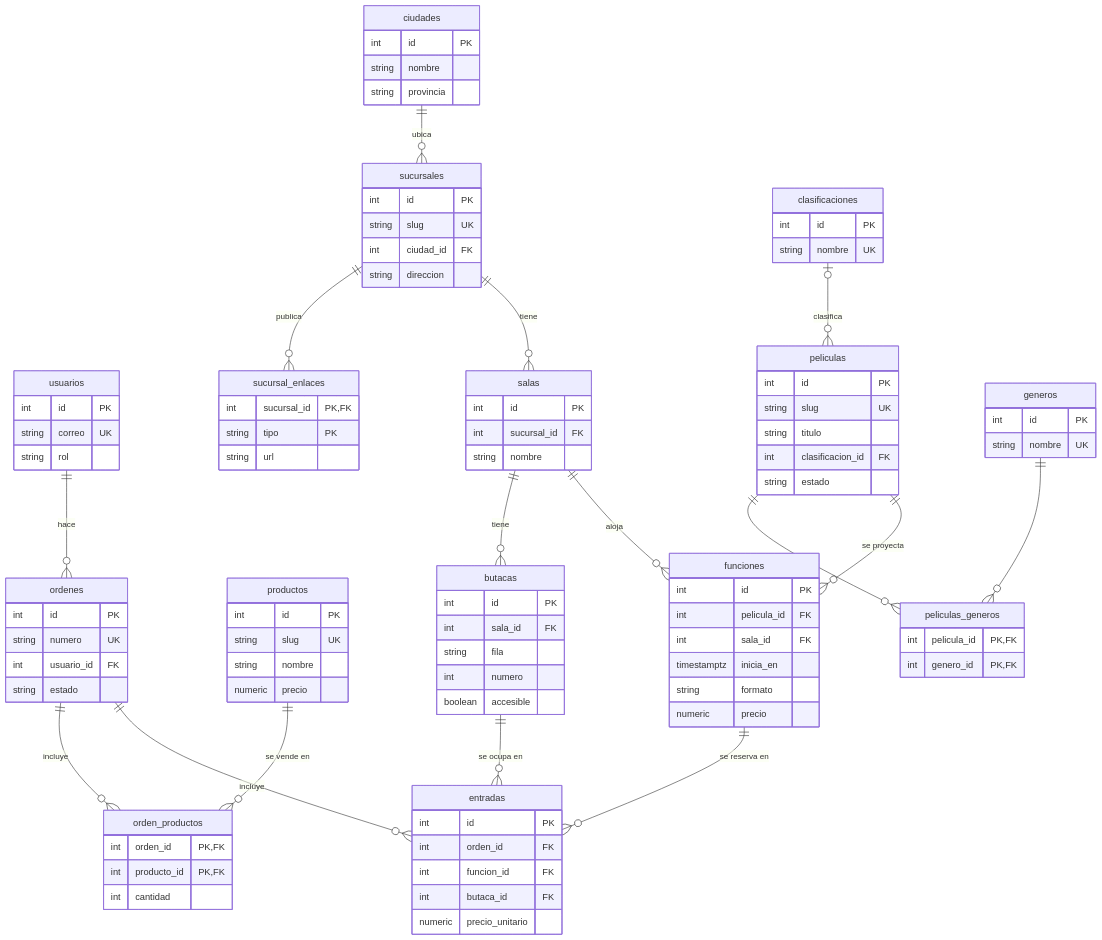
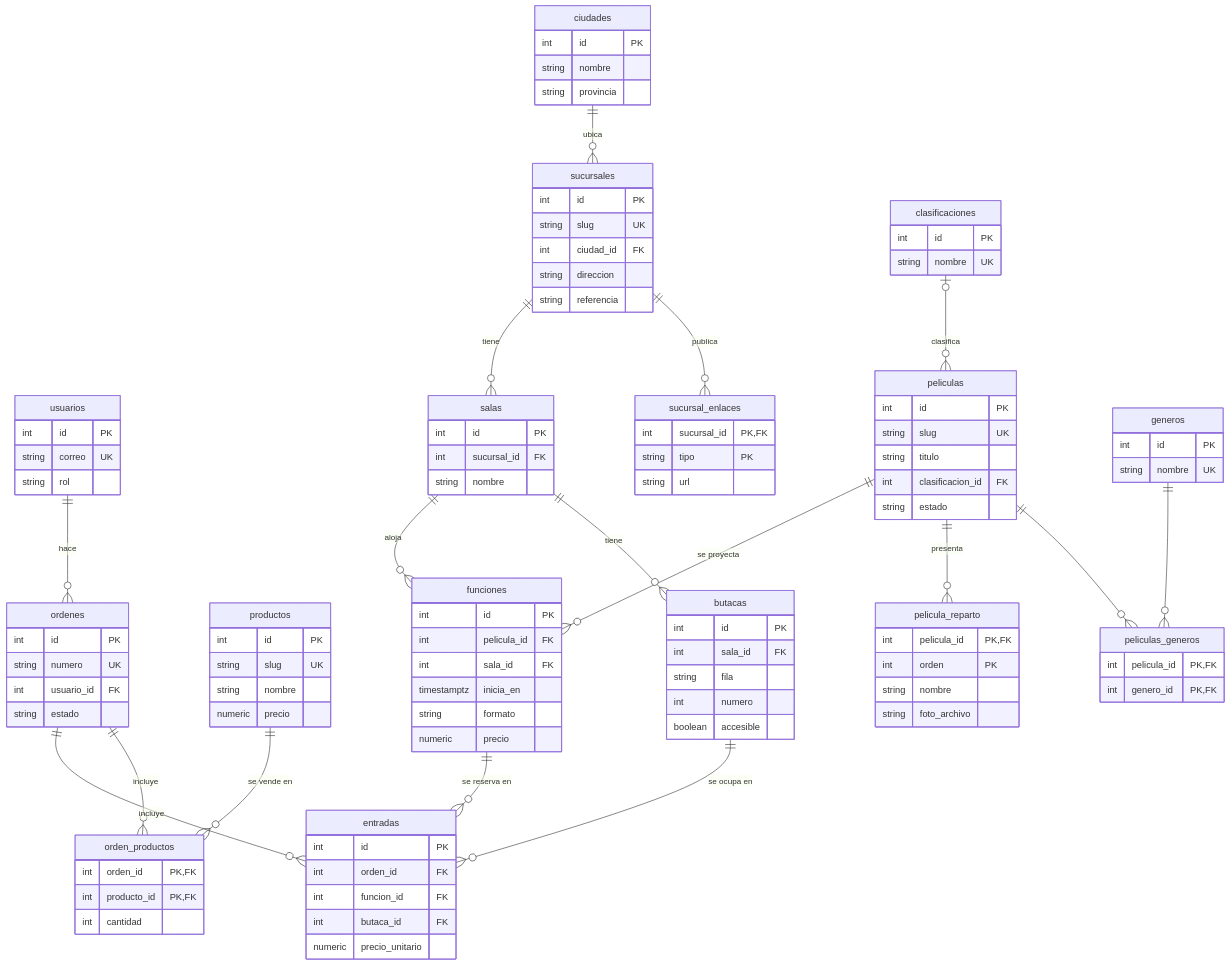
Before and after one commit to IgnacioLezana25/CineTucumanBackend: the diagram in README.md, drawn with Mermaid. The commit also changed other lines of this file and 2 other files, not shown here.

First line of the commit message:
docs: documentar el reparto y la referencia en el README, la verificación y la normalización

```diff
--- a/README.md
+++ b/README.md
@@ -113,6 +113,7 @@
     ciudades ||--o{ sucursales : "ubica"
     sucursales ||--o{ sucursal_enlaces : "publica"
     clasificaciones |o--o{ peliculas : "clasifica"
+    peliculas ||--o{ pelicula_reparto : "presenta"
     peliculas ||--o{ peliculas_generos : " "
     generos ||--o{ peliculas_generos : " "
 
@@ -170,6 +171,7 @@
         string slug UK
         int ciudad_id FK
         string direccion
+        string referencia
     }
     ciudades {
         int id PK
@@ -192,6 +194,12 @@
         int id PK
         string nombre UK
     }
+    pelicula_reparto {
+        int pelicula_id PK, FK
+        int orden PK
+        string nombre
+        string foto_archivo
+    }
     peliculas_generos {
         int pelicula_id PK, FK
         int genero_id PK, FK
```
